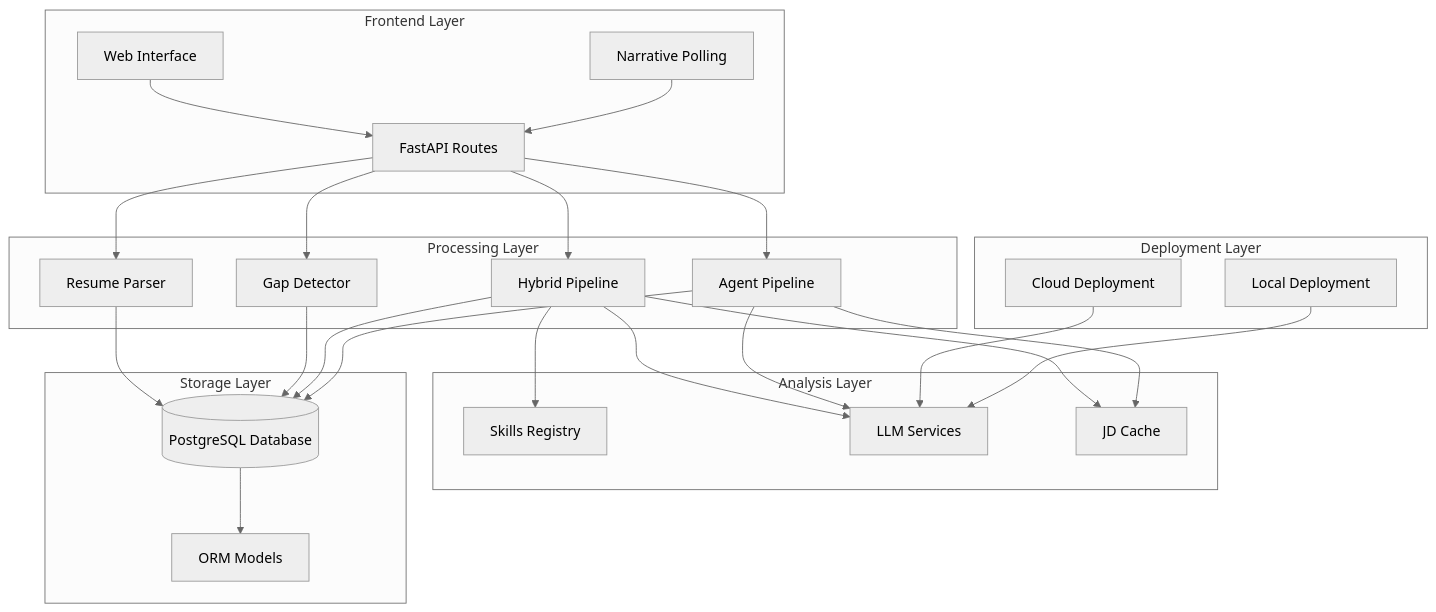
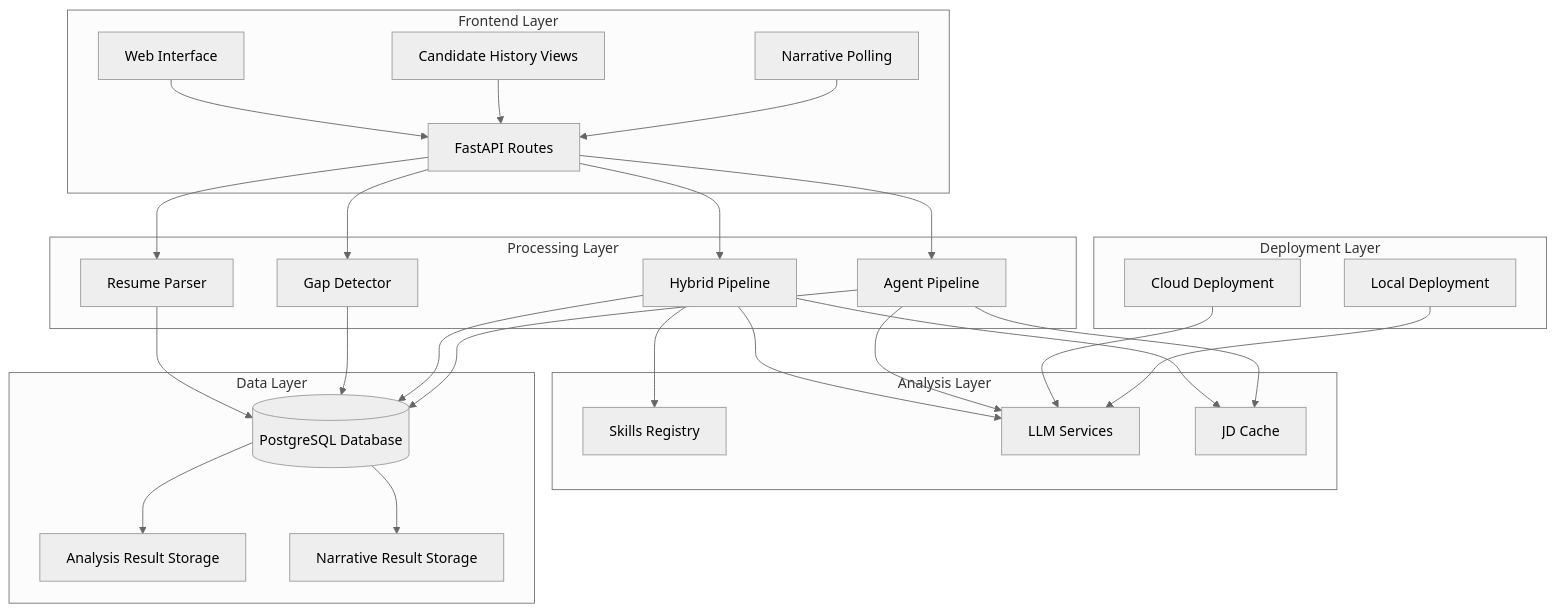
The first of 9 diagrams in .qoder/repowiki/en/content/Hybrid Pipeline.md (Revanththetalogics/aireume), drawn with Mermaid (neutral theme) before and after one commit. The commit also changed other lines of this file and 3 other files, not shown here.

First line of the commit message:
fix: preserve analysis fields when merging narrative data in candidates.py

````diff
--- a/.qoder/repowiki/en/content/Hybrid Pipeline.md
+++ b/.qoder/repowiki/en/content/Hybrid Pipeline.md
@@ -53,45 +54,49 @@
 ```mermaid
 graph TB
 subgraph "Frontend Layer"
 FE[Web Interface]
 API[FastAPI Routes]
 NP[Narrative Polling]
+CH[Candidate History Views]
 end
 subgraph "Processing Layer"
 Parser[Resume Parser]
 Gap[Gap Detector]
 Hybrid[Hybrid Pipeline]
 Agent[Agent Pipeline]
 end
 subgraph "Analysis Layer"
 Skills[Skills Registry]
 LLM[LLM Services]
 Cache[JD Cache]
 end
+subgraph "Data Layer"
+DB[(PostgreSQL Database)]
+AR[Analysis Result Storage]
+NR[Narrative Result Storage]
+end
 subgraph "Deployment Layer"
 Cloud[Cloud Deployment]
 Local[Local Deployment]
-end
-subgraph "Storage Layer"
-DB[(PostgreSQL Database)]
-Models[ORM Models]
 end
 FE --> API
 API --> Parser
 API --> Gap
 API --> Hybrid
 API --> Agent
 Hybrid --> Skills
 Hybrid --> LLM
 Agent --> LLM
 Hybrid --> Cache
 Agent --> Cache
 Parser --> DB
 Gap --> DB
 Hybrid --> DB
 Agent --> DB
-DB --> Models
+DB --> AR
+DB --> NR
+CH --> API
+NP --> API
 Cloud --> LLM
 Local --> LLM
-NP --> API
 ```
````
